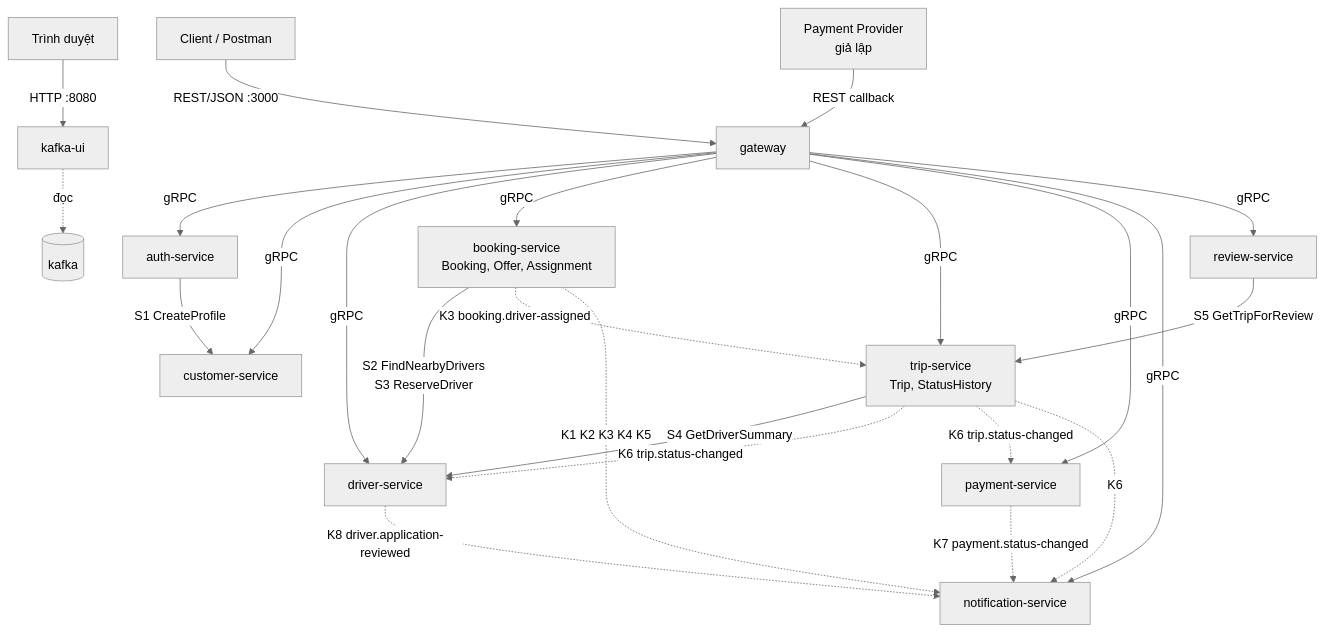
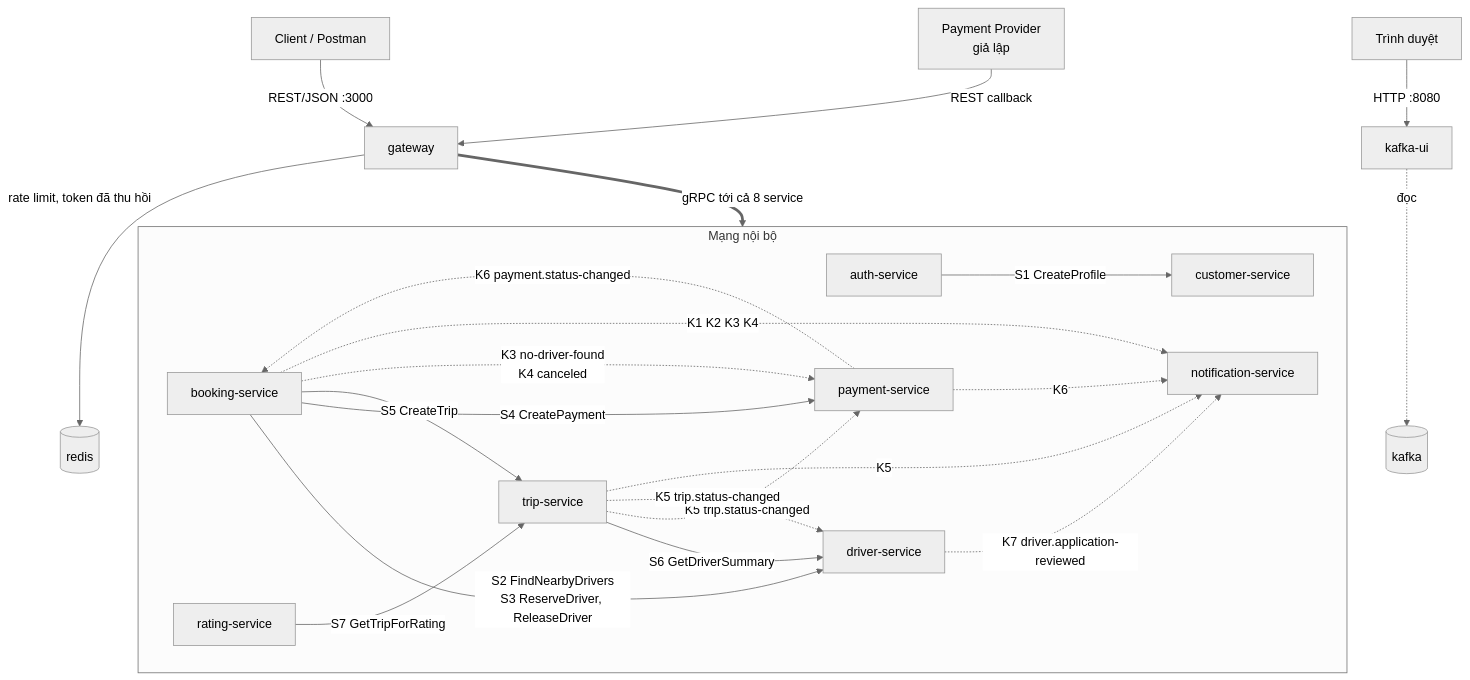
The first of 7 diagrams in docs/design/02-kien-truc-giao-tiep.md (nghuuduc21/23699411_NguyenHuuDuc_CabSystem), drawn with Mermaid (neutral theme) before and after one commit. The commit also changed other lines of this file and 13 other files, not shown here.

````diff
--- a/docs/design/02-kien-truc-giao-tiep.md
+++ b/docs/design/02-kien-truc-giao-tiep.md
@@ -93,29 +109,36 @@
 ```mermaid
 flowchart TB
   CL[Client / Postman] -->|REST/JSON :3000| GW[gateway]
   PP[Payment Provider<br/>giả lập] -->|REST callback| GW
   BR[Trình duyệt] -->|HTTP :8080| KUI[kafka-ui]
   KUI -. đọc .-> KAFKA[(kafka)]
+  GW -->|rate limit, token đã thu hồi| REDIS[(redis)]
+  GW ==>|gRPC tới cả 8 service| SVC
 
-  GW -->|gRPC| AUTH[auth-service]
-  GW -->|gRPC| CUS[customer-service]
-  GW -->|gRPC| DRV[driver-service]
-  GW -->|gRPC| BK[booking-service<br/>Booking, Offer, Assignment]
-  GW -->|gRPC| TRIP[trip-service<br/>Trip, StatusHistory]
-  GW -->|gRPC| PAY[payment-service]
-  GW -->|gRPC| NOTI[notification-service]
-  GW -->|gRPC| REV[review-service]
+  subgraph SVC[Mạng nội bộ]
+    AUTH[auth-service]
+    CUS[customer-service]
+    DRV[driver-service]
+    BK[booking-service]
+    TRIP[trip-service]
+    PAY[payment-service]
+    NOTI[notification-service]
+    RAT[rating-service]
+  end
 
   AUTH -->|S1 CreateProfile| CUS
-  BK -->|S2 FindNearbyDrivers<br/>S3 ReserveDriver| DRV
-  TRIP -->|S4 GetDriverSummary| DRV
-  REV -->|S5 GetTripForReview| TRIP
+  BK -->|S2 FindNearbyDrivers<br/>S3 ReserveDriver, ReleaseDriver| DRV
+  BK -->|S4 CreatePayment| PAY
+  BK -->|S5 CreateTrip| TRIP
+  TRIP -->|S6 GetDriverSummary| DRV
+  RAT -->|S7 GetTripForRating| TRIP
 
-  BK -.->|K3 booking.driver-assigned| TRIP
-  TRIP -.->|K6 trip.status-changed| DRV
-  TRIP -.->|K6 trip.status-changed| PAY
-  BK -.->|K1 K2 K3 K4 K5| NOTI
-  TRIP -.->|K6| NOTI
-  PAY -.->|K7 payment.status-changed| NOTI
-  DRV -.->|K8 driver.application-reviewed| NOTI
+  PAY -.->|K6 payment.status-changed| BK
+  BK -.->|K3 no-driver-found<br/>K4 canceled| PAY
+  TRIP -.->|K5 trip.status-changed| PAY
+  TRIP -.->|K5 trip.status-changed| DRV
+  BK -.->|K1 K2 K3 K4| NOTI
+  TRIP -.->|K5| NOTI
+  PAY -.->|K6| NOTI
+  DRV -.->|K7 driver.application-reviewed| NOTI
 ```
````
